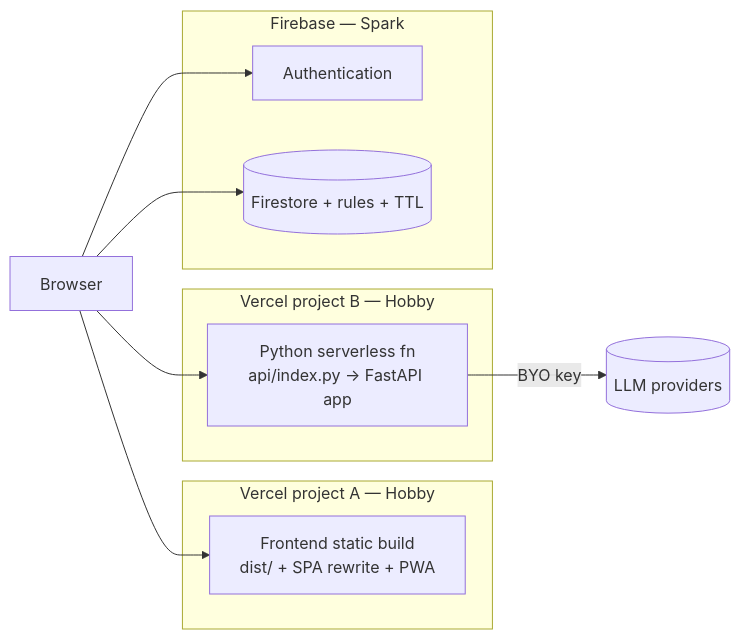
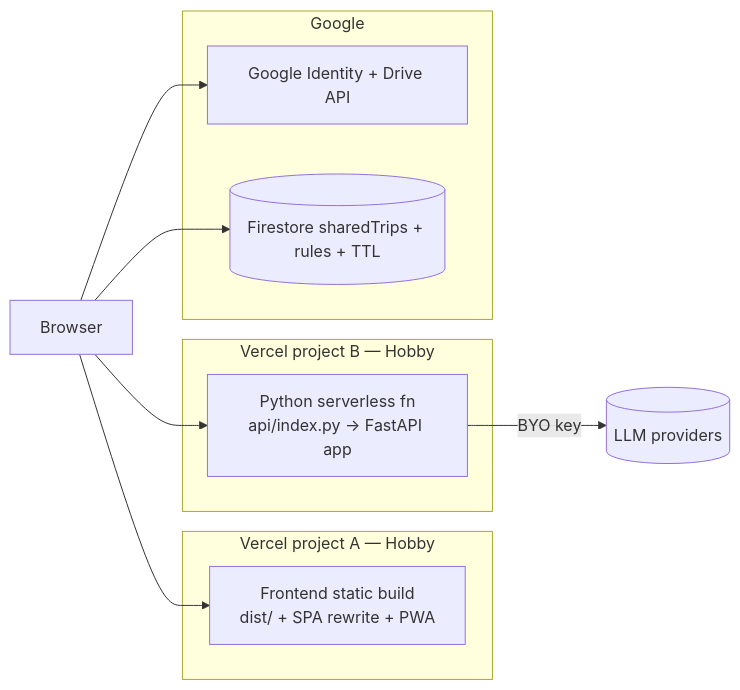
Before and after one commit to joka-7/AppMyTrip: the fifth of 5 diagrams in docs/HLD.md, drawn with Mermaid. The commit also changed other lines of this file and 39 other files, not shown here.

First line of the commit message:
feat(storage)!: keep trips in the user's Drive and encrypt share links

````diff
--- a/docs/HLD.md
+++ b/docs/HLD.md
@@ -351,19 +364,19 @@
 ```mermaid
 flowchart LR
     subgraph vercel1 [Vercel project A — Hobby]
         FEbuild[Frontend static build\n dist/ + SPA rewrite + PWA]
     end
     subgraph vercel2 [Vercel project B — Hobby]
         Fn[Python serverless fn\napi/index.py -> FastAPI app]
     end
-    subgraph fb [Firebase — Spark]
-        AuthD[Authentication]
-        FSD[(Firestore + rules + TTL)]
+    subgraph g [Google]
+        AuthD[Google Identity + Drive API]
+        FSD[(Firestore sharedTrips + rules + TTL)]
     end
 
     Browser --> FEbuild
     Browser --> Fn
     Browser --> AuthD
     Browser --> FSD
     Fn -->|BYO key| LLMs[(LLM providers)]
 ```
````
